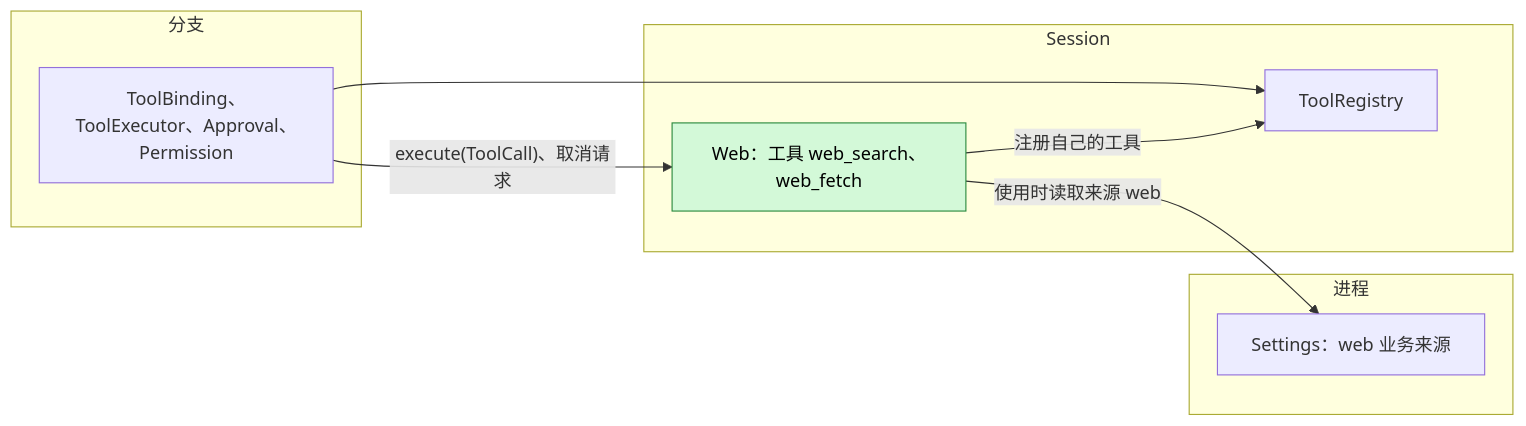
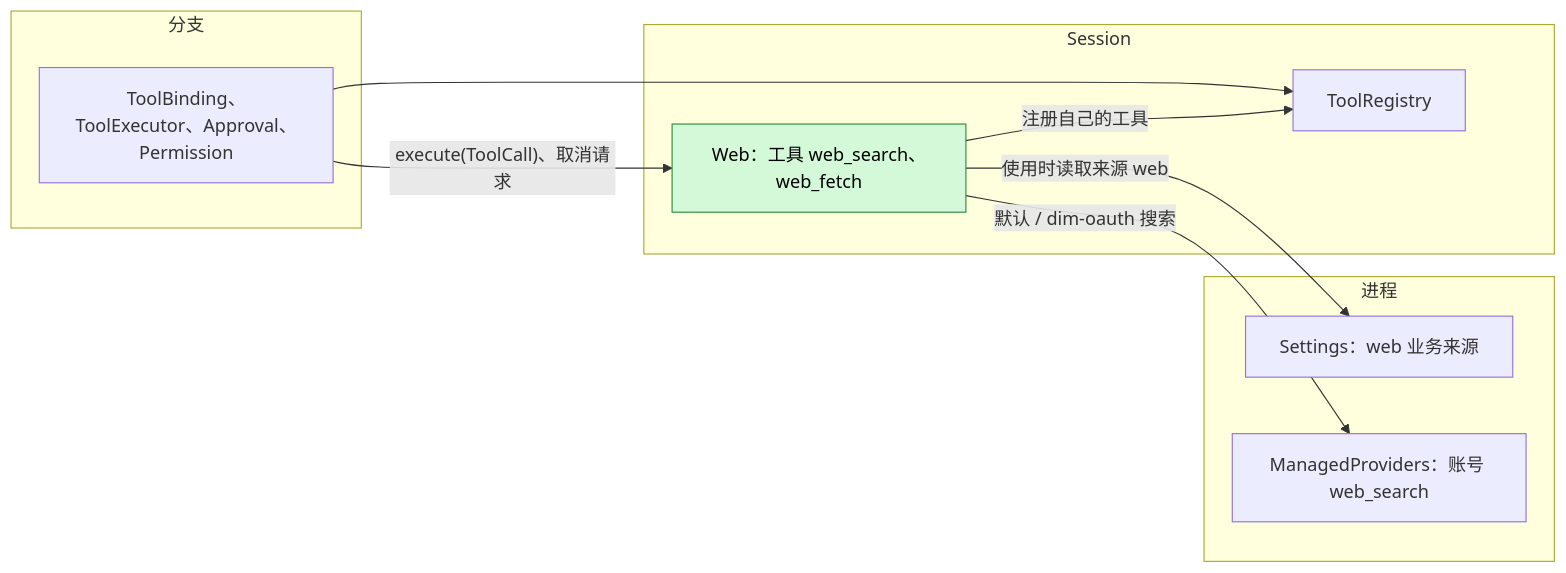
One commit to CoutinhoTTS/dim-agent changed the first of 5 diagrams in docs/zh/design/plugins/Web.md. Above: the diagram before and after it, drawn with Mermaid. The commit also changed other lines of this file and 44 other files, not shown here.

Commit message:
feat(web): migrate Web plugin to Rust and use Dim OAuth search by default

````diff
--- a/docs/zh/design/plugins/Web.md
+++ b/docs/zh/design/plugins/Web.md
@@ -9,18 +9,20 @@
 ```mermaid
 flowchart LR
   subgraph PROC["进程"]
     Settings["Settings：web 业务来源"]
+    Managed["ManagedProviders：账号 web_search"]
   end
   subgraph SESS["Session"]
     Web["Web：工具 web_search、web_fetch"]:::new
     ToolRegistry["ToolRegistry"]
   end
   subgraph BR["分支"]
     Exec["ToolBinding、ToolExecutor、Approval、Permission"]
   end
   Web -->|"使用时读取来源 web"| Settings
+  Web -->|"默认 / dim-oauth 搜索"| Managed
   Web -->|"注册自己的工具"| ToolRegistry
   Exec --> ToolRegistry
   Exec -->|"execute(ToolCall)、取消请求"| Web
   classDef new fill:#d3f9d8,stroke:#2b8a3e,color:#000
 ```
````
